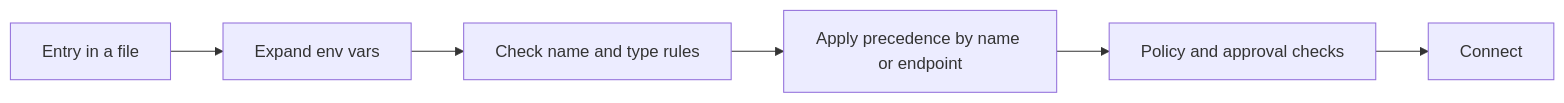
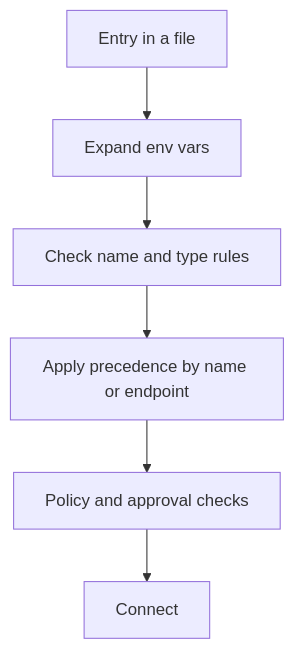
Before and after one commit to xsyetopz/claude-code-docs: the diagram in plugin/mcp/snapshot/pages/extend/mcp/config.md, drawn with Mermaid. The commit also changed 189 other files, not shown here.

````diff
--- a/plugin/mcp/snapshot/pages/extend/mcp/config.md
+++ b/plugin/mcp/snapshot/pages/extend/mcp/config.md
@@ -114,8 +114,8 @@
 ```mermaid
-flowchart LR
+flowchart TD
   A[Entry in a file] --> B[Expand env vars]
   B --> C[Check name and type rules]
   C --> D[Apply precedence by name or endpoint]
   D --> E[Policy and approval checks]
   E --> F[Connect]
 ```
````
